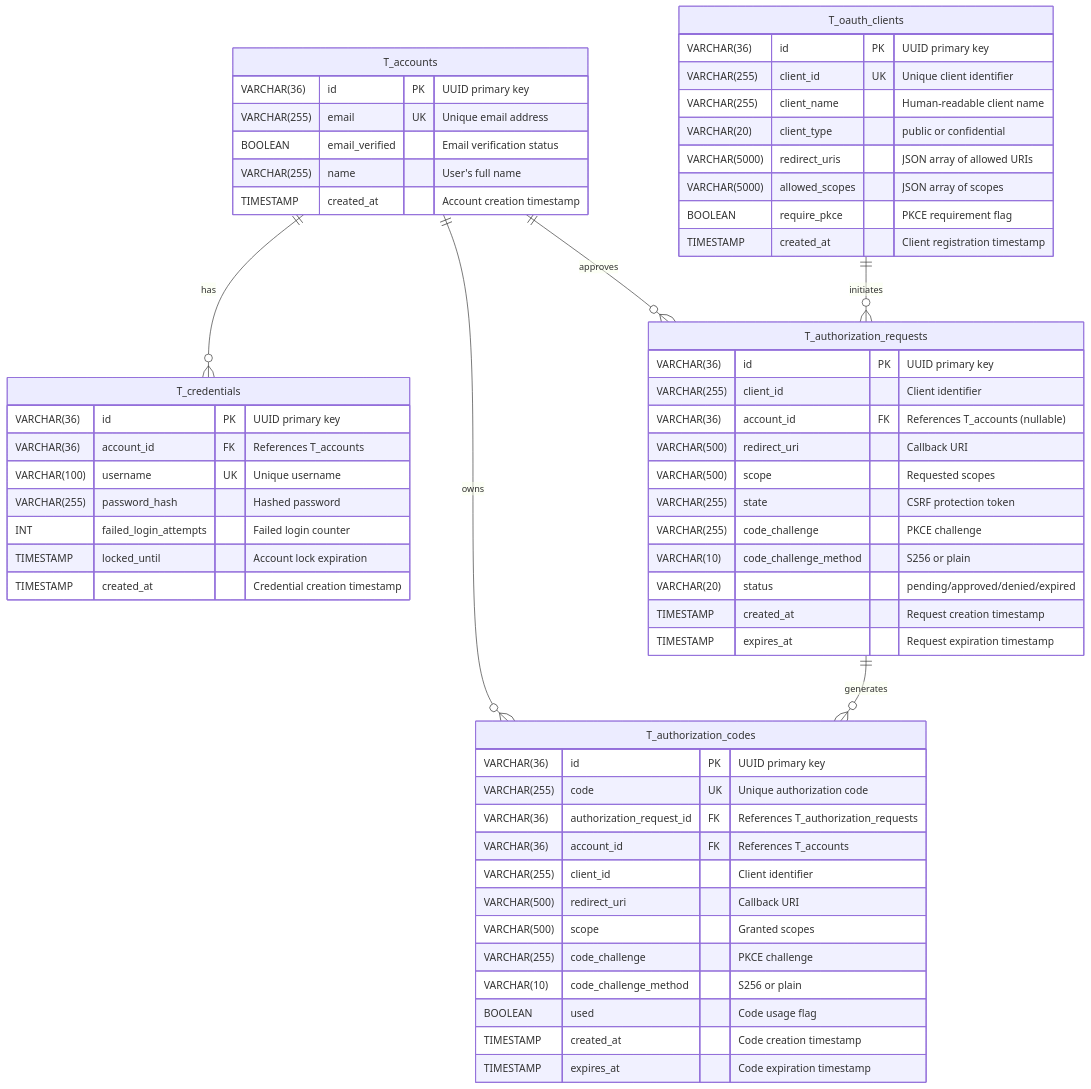
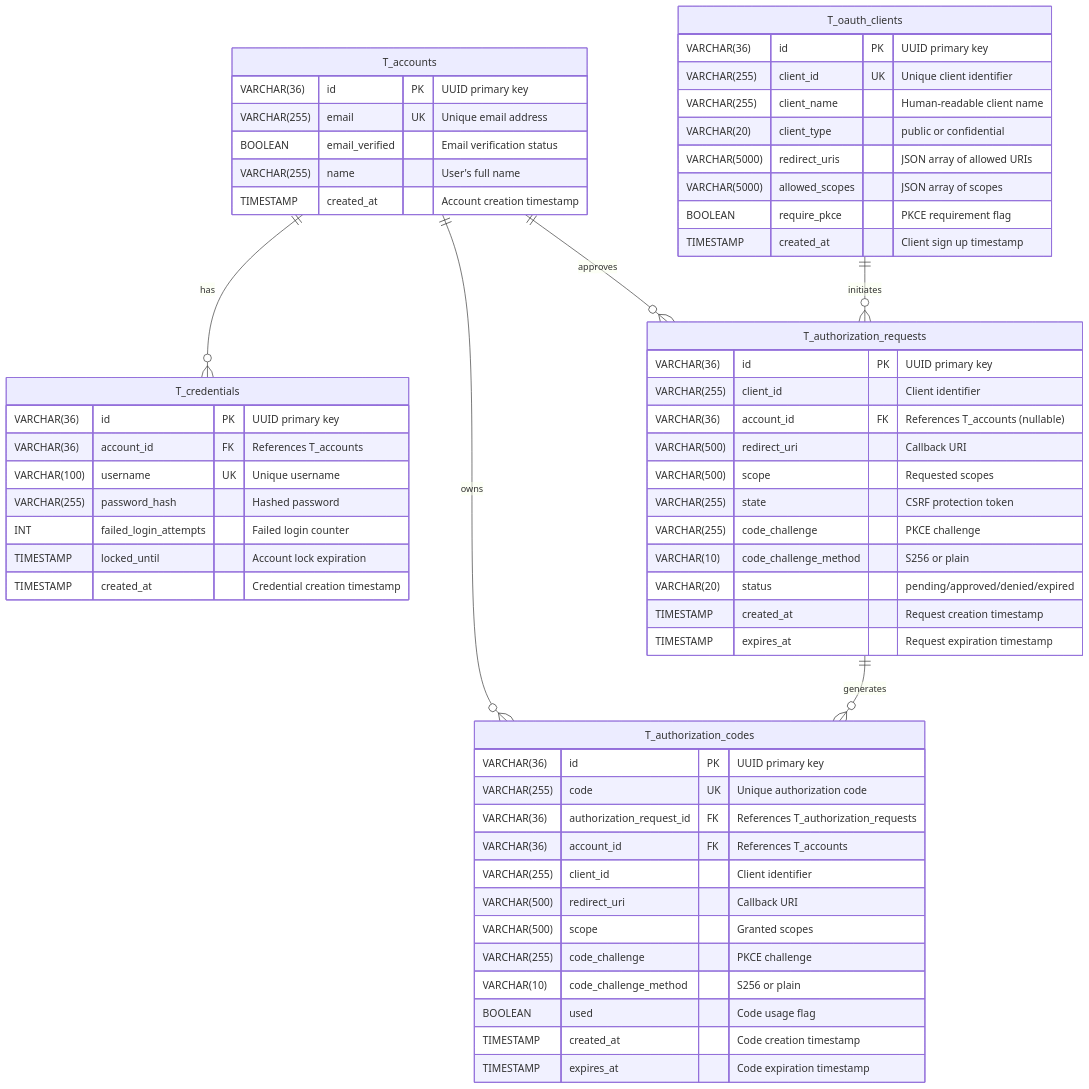
The diagram in DATABASE.md (abstratium-dev/abstrauth), drawn with Mermaid before and after one commit. The commit also changed other lines of this file and 41 other files, not shown here.

````diff
--- a/DATABASE.md
+++ b/DATABASE.md
@@ -9,66 +9,66 @@
 ```mermaid
 erDiagram
     T_accounts ||--o{ T_credentials : "has"
     T_accounts ||--o{ T_authorization_codes : "owns"
     T_oauth_clients ||--o{ T_authorization_requests : "initiates"
     T_authorization_requests ||--o{ T_authorization_codes : "generates"
     T_accounts ||--o{ T_authorization_requests : "approves"
 
     T_accounts {
         VARCHAR(36) id PK "UUID primary key"
         VARCHAR(255) email UK "Unique email address"
         BOOLEAN email_verified "Email verification status"
         VARCHAR(255) name "User's full name"
         TIMESTAMP created_at "Account creation timestamp"
     }
 
     T_credentials {
         VARCHAR(36) id PK "UUID primary key"
         VARCHAR(36) account_id FK "References T_accounts"
         VARCHAR(100) username UK "Unique username"
         VARCHAR(255) password_hash "Hashed password"
         INT failed_login_attempts "Failed login counter"
         TIMESTAMP locked_until "Account lock expiration"
         TIMESTAMP created_at "Credential creation timestamp"
     }
 
     T_oauth_clients {
         VARCHAR(36) id PK "UUID primary key"
         VARCHAR(255) client_id UK "Unique client identifier"
         VARCHAR(255) client_name "Human-readable client name"
         VARCHAR(20) client_type "public or confidential"
         VARCHAR(5000) redirect_uris "JSON array of allowed URIs"
         VARCHAR(5000) allowed_scopes "JSON array of scopes"
         BOOLEAN require_pkce "PKCE requirement flag"
-        TIMESTAMP created_at "Client registration timestamp"
+        TIMESTAMP created_at "Client sign up timestamp"
     }
 
     T_authorization_requests {
         VARCHAR(36) id PK "UUID primary key"
         VARCHAR(255) client_id "Client identifier"
         VARCHAR(36) account_id FK "References T_accounts (nullable)"
         VARCHAR(500) redirect_uri "Callback URI"
         VARCHAR(500) scope "Requested scopes"
         VARCHAR(255) state "CSRF protection token"
         VARCHAR(255) code_challenge "PKCE challenge"
         VARCHAR(10) code_challenge_method "S256 or plain"
         VARCHAR(20) status "pending/approved/denied/expired"
         TIMESTAMP created_at "Request creation timestamp"
         TIMESTAMP expires_at "Request expiration timestamp"
     }
 
     T_authorization_codes {
         VARCHAR(36) id PK "UUID primary key"
         VARCHAR(255) code UK "Unique authorization code"
         VARCHAR(36) authorization_request_id FK "References T_authorization_requests"
         VARCHAR(36) account_id FK "References T_accounts"
         VARCHAR(255) client_id "Client identifier"
         VARCHAR(500) redirect_uri "Callback URI"
         VARCHAR(500) scope "Granted scopes"
         VARCHAR(255) code_challenge "PKCE challenge"
         VARCHAR(10) code_challenge_method "S256 or plain"
         BOOLEAN used "Code usage flag"
         TIMESTAMP created_at "Code creation timestamp"
         TIMESTAMP expires_at "Code expiration timestamp"
     }
 ```
````
